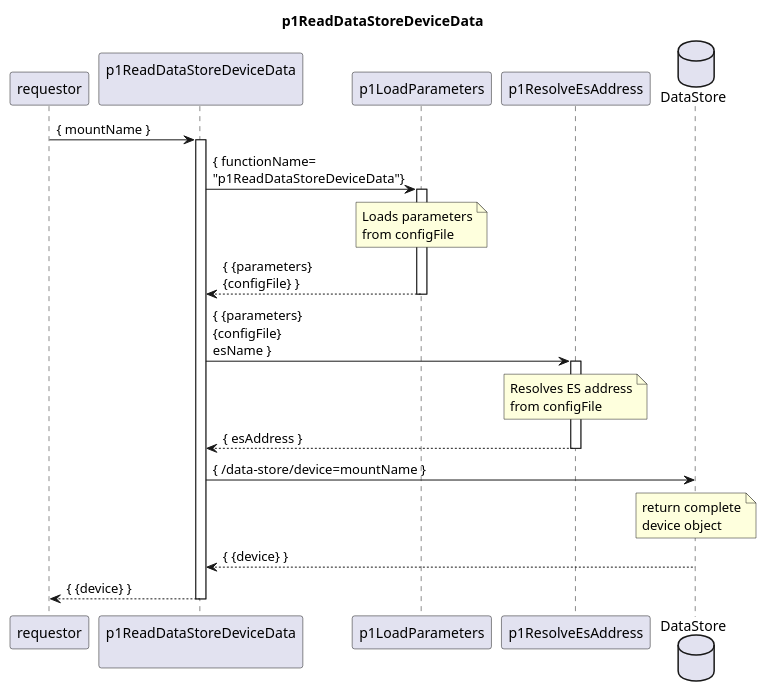
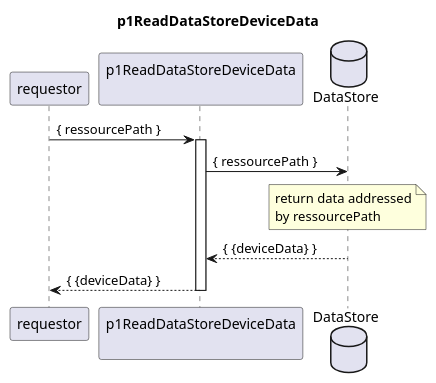
Before and after one commit to openBackhaul/DevicePerformanceManagementDataProcessor: the diagram in spec/Services/provideDeviceDataStoreDump/p1ReadDataStoreDeviceData.plantuml, drawn with PlantUML. The commit also changed 3 other files, not shown here.

Commit message:
dataDump diagram update

```diff
--- a/spec/Services/provideDeviceDataStoreDump/p1ReadDataStoreDeviceData.plantuml
+++ b/spec/Services/provideDeviceDataStoreDump/p1ReadDataStoreDeviceData.plantuml
@@ -1,55 +1,28 @@
 @startuml p1ReadDataStoreDeviceData
 skinparam responseMessageBelowArrequestorw true
 
 title
   p1ReadDataStoreDeviceData
 end title
 
 participant "requestor" as requestor
 participant "p1ReadDataStoreDeviceData\n" as cur
-participant "p1LoadParameters" as loadParams
-participant "p1ResolveEsAddress" as resolveEsAddress
 database "DataStore" as ds
 
 
-requestor -> cur: { mountName }
+requestor -> cur: { ressourcePath }
 activate cur
 
-  ' get parameters
-  cur -> loadParams: { functionName=\n"p1ReadDataStoreDeviceData"}
-  activate loadParams
+    cur -> ds: { ressourcePath }
+      note over ds
+        return data addressed
+        by ressourcePath
+      end note
 
-    note over loadParams
-      Loads parameters
-      from configFile
-    end note
-    
-    cur <-- loadParams: { {parameters} \n{configFile} }
-  deactivate loadParams
-
-  ' get ES address
-  cur -> resolveEsAddress: { {parameters} \n{configFile} \nesName }
-  activate resolveEsAddress
-
-    note over resolveEsAddress
-      Resolves ES address
-      from configFile
-    end note
-    
-    cur <-- resolveEsAddress: { esAddress }
-  deactivate resolveEsAddress 
-
-  'read data from dataStore
-  cur -> ds: { /data-store/device=mountName }
-    note over ds
-      return complete
-      device object
-    end note
-  cur <-- ds: { {device} }
+    cur <-- ds: { {deviceData} }
 
 
-
-  requestor <-- cur: { {device} }
+  requestor <-- cur: { {deviceData} }
 deactivate cur
 
 @enduml
```
